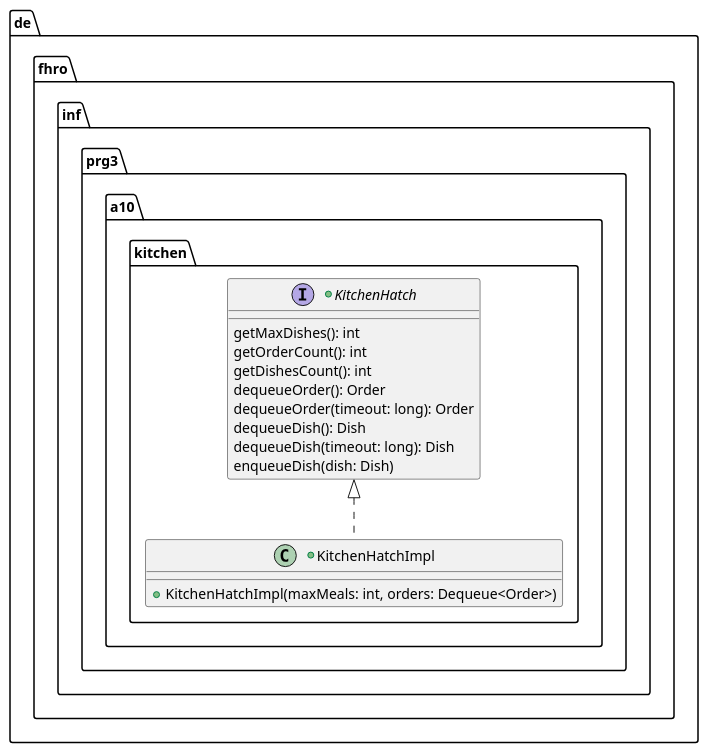
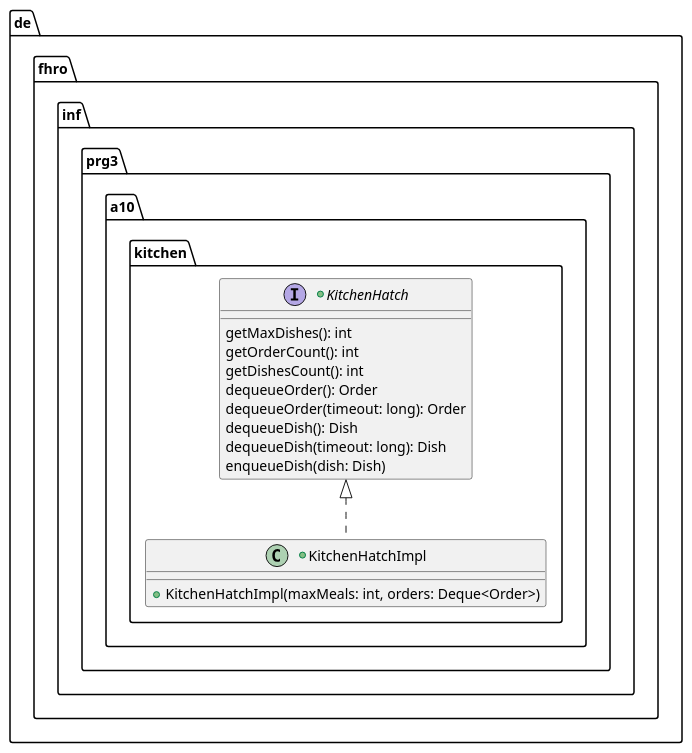
One commit to gramsimamsi/10-threads changed the diagram in assets/uml/KitchenHatch.plantuml. Above: the diagram before and after it, drawn with PlantUML. The commit also changed 1 other file, not shown here.

Commit message:
Fixed misspelled Deque<> in UML

```diff
--- a/assets/uml/KitchenHatch.plantuml
+++ b/assets/uml/KitchenHatch.plantuml
@@ -1,20 +1,20 @@
 @startuml KitchenHatch
 
 package de.fhro.inf.prg3.a10.kitchen {
     +interface KitchenHatch {
         getMaxDishes(): int
         getOrderCount(): int
         getDishesCount(): int
         dequeueOrder(): Order
         dequeueOrder(timeout: long): Order
         dequeueDish(): Dish
         dequeueDish(timeout: long): Dish
         enqueueDish(dish: Dish)
     }
 
     +class KitchenHatchImpl implements KitchenHatch {
-        +KitchenHatchImpl(maxMeals: int, orders: Dequeue<Order>)
+        +KitchenHatchImpl(maxMeals: int, orders: Deque<Order>)
     }
 }
 
 @enduml
```
